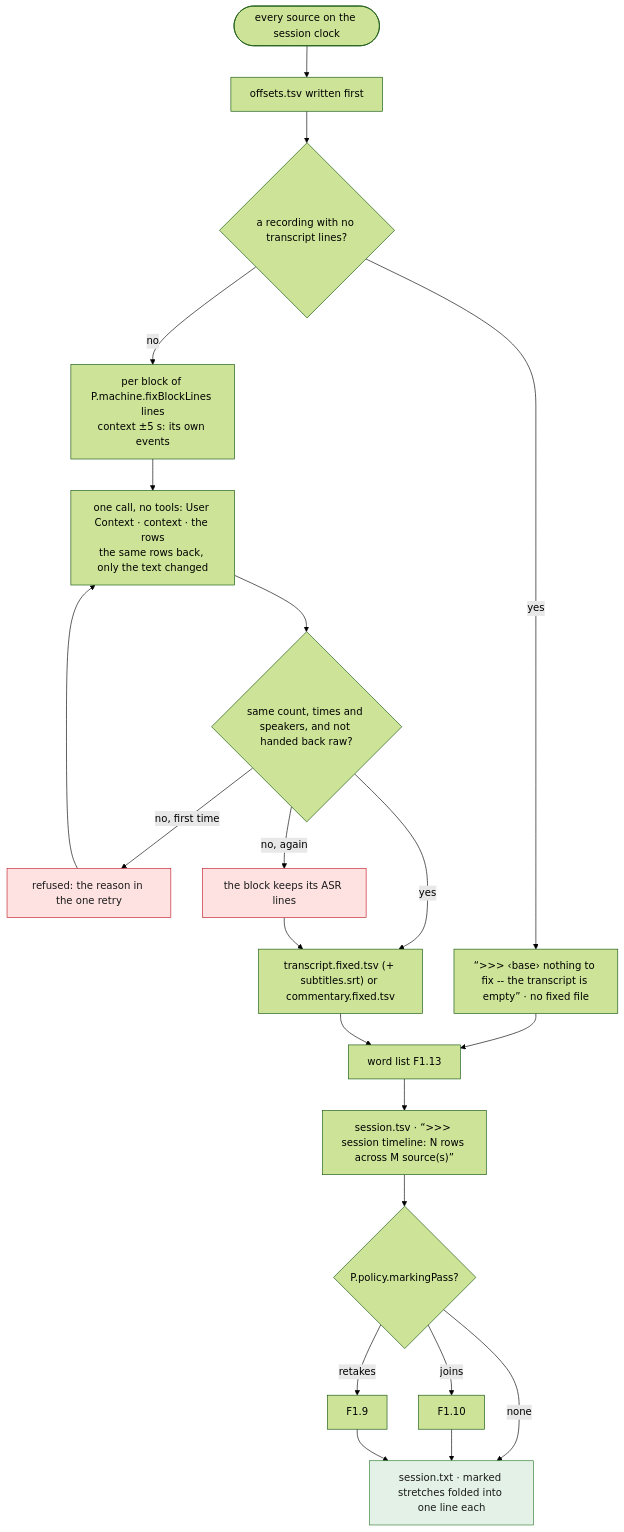
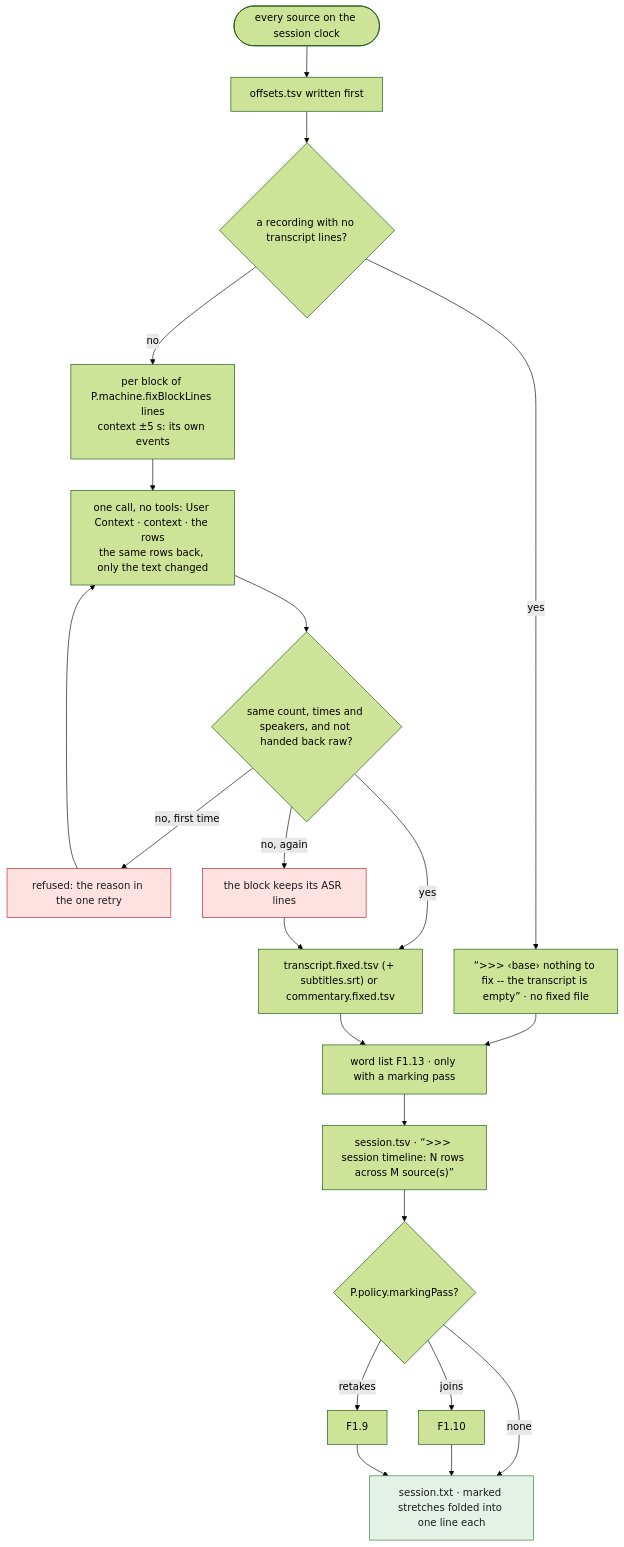
The eighth of 12 diagrams in spec/04-prepare.md (tbocek/naivepost), drawn with Mermaid (forest theme) before and after one commit. The commit also changed other lines of this file and 19 other files, not shown here.

````diff
--- a/spec/04-prepare.md
+++ b/spec/04-prepare.md
@@ -238,26 +240,26 @@
 ```mermaid
 flowchart TD
   A(["every source on the session clock"]) --> OFF["offsets.tsv written first"]
   OFF --> SIL{"a recording with no transcript lines?"}
   SIL -- yes --> SKIP["“>>> ‹base› nothing to fix -- the transcript is empty” · no fixed file"]
   SIL -- no --> BL["per block of P.machine.fixBlockLines lines<br/>context ±5 s: its own events"]
   BL --> T["one call, no tools: User Context · context · the rows<br/>the same rows back, only the text changed"]
   T --> V{"same count, times and speakers, and not handed back raw?"}
   V -- "no, first time" --> ERR["refused: the reason in the one retry"]:::refuse
   ERR --> T
   V -- "no, again" --> KEEP["the block keeps its ASR lines"]:::refuse
   V -- yes --> OUT["transcript.fixed.tsv (+ subtitles.srt) or commentary.fixed.tsv"]
   KEEP --> OUT
   SKIP --> WL
-  OUT --> WL["word list F1.13"]
+  OUT --> WL["word list F1.13 · only with a marking pass"]
   WL --> SS["session.tsv · “>>> session timeline: N rows across M source(s)”"]
   SS --> MK{"P.policy.markingPass?"}
   MK -- joins --> J["F1.10"]
   MK -- retakes --> RT["F1.9"]
   MK -- none --> TXT
   J --> TXT
   RT --> TXT["session.txt · marked stretches folded into one line each"]:::done
   classDef refuse fill:#fde2e1,stroke:#c01c28,color:#1a1a1a
   classDef done fill:#e3f1e6,stroke:#2e7d32,color:#1a1a1a
   classDef ask fill:#e8eefc,stroke:#3a63c8,color:#1a1a1a
 ```
````
